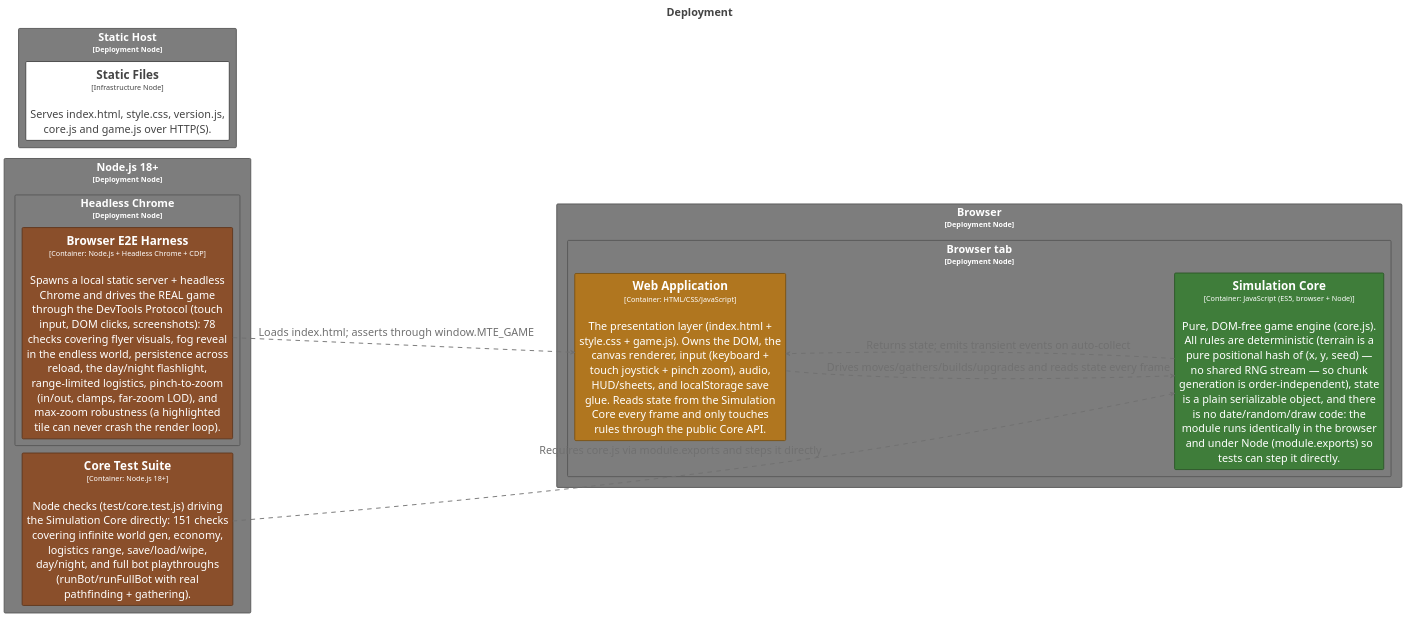
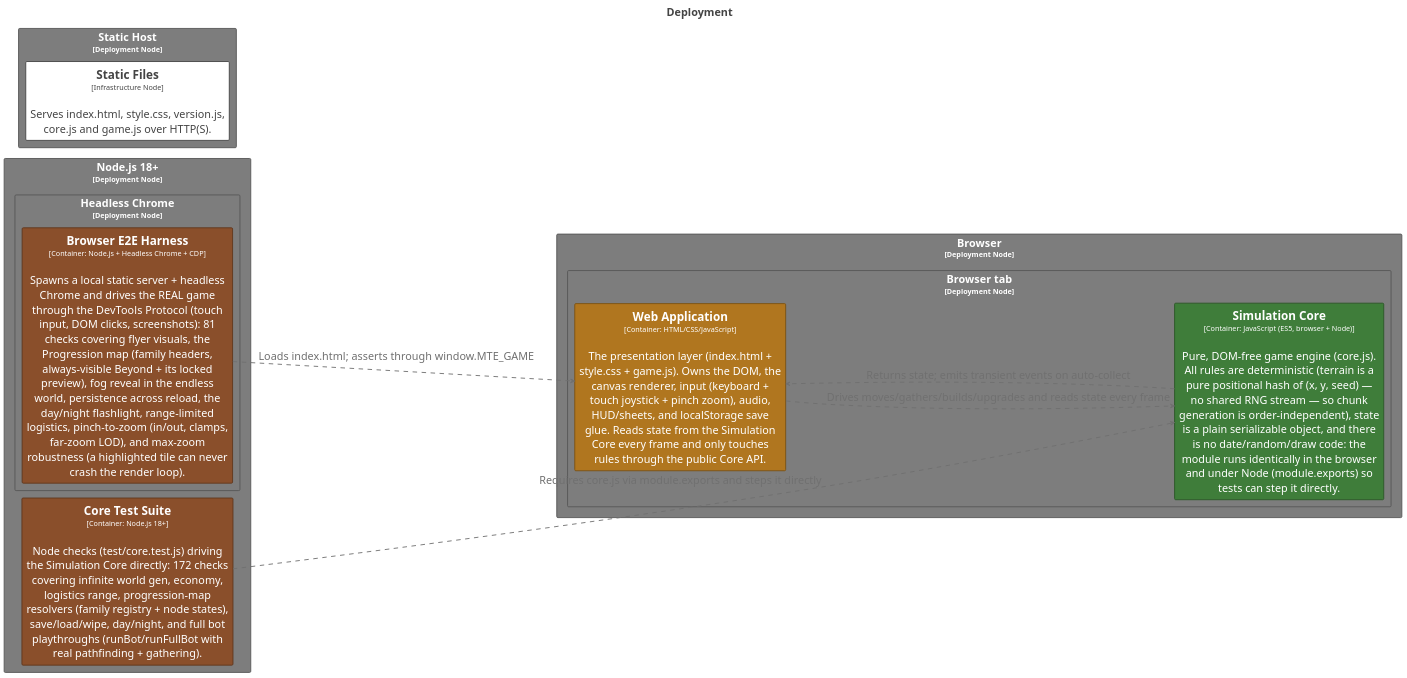
Before and after one commit to bitkojine/more-than-enough: the diagram in structurizr/diagrams/Deployment.puml, drawn with PlantUML. The commit also changed 18 other files, not shown here.

First line of the commit message:
v0.12.0: feat — Progression map replaces the flat Upgrades list

```diff
--- a/structurizr/diagrams/Deployment.puml
+++ b/structurizr/diagrams/Deployment.puml
@@ -2,110 +2,110 @@
 @startuml
 title <size:24>Deployment</size>
 
 set separator none
 left to right direction
 skinparam ranksep 20
 skinparam nodesep 5
 hide stereotype
 
 <style>
   root {
     BackgroundColor: #ffffff;
     FontColor: #444444;
   }
   // Element
   .Element-RWxlbWVudA== {
     BackgroundColor: #ffffff;
     LineColor: #444444;
     LineStyle: 0;
     LineThickness: 2;
     FontColor: #444444;
     FontSize: 24;
     HorizontalAlignment: center;
     Shadowing: 0;
     MaximumWidth: 450;
   }
   // Element,Container,Core Engine
   .Element-RWxlbWVudCxDb250YWluZXIsQ29yZSBFbmdpbmU= {
     BackgroundColor: #3f7d3a;
     LineColor: #2c5728;
     LineStyle: 0;
     LineThickness: 2;
     FontColor: #ffffff;
     FontSize: 24;
     HorizontalAlignment: center;
     Shadowing: 0;
     MaximumWidth: 450;
   }
   // Element,Container,Presentation
   .Element-RWxlbWVudCxDb250YWluZXIsUHJlc2VudGF0aW9u {
     BackgroundColor: #b0761f;
     LineColor: #7b5215;
     LineStyle: 0;
     LineThickness: 2;
     FontColor: #ffffff;
     FontSize: 24;
     HorizontalAlignment: center;
     Shadowing: 0;
     MaximumWidth: 450;
   }
   // Element,Container,Tooling,Test
   .Element-RWxlbWVudCxDb250YWluZXIsVG9vbGluZyxUZXN0 {
     BackgroundColor: #8a4f2b;
     LineColor: #60371e;
     LineStyle: 0;
     LineThickness: 2;
     FontColor: #ffffff;
     FontSize: 24;
     HorizontalAlignment: center;
     Shadowing: 0;
     MaximumWidth: 450;
   }
   // Relationship
   .Relationship-UmVsYXRpb25zaGlw {
     LineThickness: 2;
     LineStyle: 10-10;
     LineColor: #707070;
     FontColor: #707070;
     FontSize: 24;
     MaximumWidth: 200;
   }
   // Element,Deployment Node
   .DeploymentNode-RWxlbWVudCxEZXBsb3ltZW50IE5vZGU= {
     BackgroundColor: #7d7d7d;
     LineColor: #575757;
     LineStyle: 0;
     LineThickness: 2;
     FontColor: #ffffff;
     FontSize: 24;
     HorizontalAlignment: center;
     Shadowing: 0;
   }
 </style>
 
 rectangle "Browser\n<size:16>[Deployment Node]</size>" <<DeploymentNode-RWxlbWVudCxEZXBsb3ltZW50IE5vZGU=>> as LocalDevelopment.Browser {
   rectangle "Browser tab\n<size:16>[Deployment Node]</size>" <<DeploymentNode-RWxlbWVudCxEZXBsb3ltZW50IE5vZGU=>> as LocalDevelopment.Browser.Browsertab {
     rectangle "==Web Application\n<size:16>[Container: HTML/CSS/JavaScript]</size>\n\nThe presentation layer (index.html + style.css + game.js). Owns the DOM, the canvas renderer, input (keyboard + touch joystick + pinch zoom), audio, HUD/sheets, and localStorage save glue. Reads state from the Simulation Core every frame and only touches rules through the public Core API." <<Element-RWxlbWVudCxDb250YWluZXIsUHJlc2VudGF0aW9u>> as LocalDevelopment.Browser.Browsertab.WebApplication_1
     rectangle "==Simulation Core\n<size:16>[Container: JavaScript (ES5, browser + Node)]</size>\n\nPure, DOM-free game engine (core.js). All rules are deterministic (terrain is a pure positional hash of (x, y, seed) — no shared RNG stream — so chunk generation is order-independent), state is a plain serializable object, and there is no date/random/draw code: the module runs identically in the browser and under Node (module.exports) so tests can step it directly." <<Element-RWxlbWVudCxDb250YWluZXIsQ29yZSBFbmdpbmU=>> as LocalDevelopment.Browser.Browsertab.SimulationCore_1
   }
 
 }
 
 rectangle "Static Host\n<size:16>[Deployment Node]</size>" <<DeploymentNode-RWxlbWVudCxEZXBsb3ltZW50IE5vZGU=>> as LocalDevelopment.StaticHost {
   rectangle "==Static Files\n<size:16>[Infrastructure Node]</size>\n\nServes index.html, style.css, version.js, core.js and game.js over HTTP(S)." <<Element-RWxlbWVudA==>> as LocalDevelopment.StaticHost.StaticFiles
 }
 
 rectangle "Node.js 18+\n<size:16>[Deployment Node]</size>" <<DeploymentNode-RWxlbWVudCxEZXBsb3ltZW50IE5vZGU=>> as LocalDevelopment.Nodejs18 {
-  rectangle "==Core Test Suite\n<size:16>[Container: Node.js 18+]</size>\n\nNode checks (test/core.test.js) driving the Simulation Core directly: 151 checks covering infinite world gen, economy, logistics range, save/load/wipe, day/night, and full bot playthroughs (runBot/runFullBot with real pathfinding + gathering)." <<Element-RWxlbWVudCxDb250YWluZXIsVG9vbGluZyxUZXN0>> as LocalDevelopment.Nodejs18.CoreTestSuite_1
+  rectangle "==Core Test Suite\n<size:16>[Container: Node.js 18+]</size>\n\nNode checks (test/core.test.js) driving the Simulation Core directly: 172 checks covering infinite world gen, economy, logistics range, progression-map resolvers (family registry + node states), save/load/wipe, day/night, and full bot playthroughs (runBot/runFullBot with real pathfinding + gathering)." <<Element-RWxlbWVudCxDb250YWluZXIsVG9vbGluZyxUZXN0>> as LocalDevelopment.Nodejs18.CoreTestSuite_1
   rectangle "Headless Chrome\n<size:16>[Deployment Node]</size>" <<DeploymentNode-RWxlbWVudCxEZXBsb3ltZW50IE5vZGU=>> as LocalDevelopment.Nodejs18.HeadlessChrome {
-    rectangle "==Browser E2E Harness\n<size:16>[Container: Node.js + Headless Chrome + CDP]</size>\n\nSpawns a local static server + headless Chrome and drives the REAL game through the DevTools Protocol (touch input, DOM clicks, screenshots): 78 checks covering flyer visuals, fog reveal in the endless world, persistence across reload, the day/night flashlight, range-limited logistics, pinch-to-zoom (in/out, clamps, far-zoom LOD), and max-zoom robustness (a highlighted tile can never crash the render loop)." <<Element-RWxlbWVudCxDb250YWluZXIsVG9vbGluZyxUZXN0>> as LocalDevelopment.Nodejs18.HeadlessChrome.BrowserE2EHarness_1
+    rectangle "==Browser E2E Harness\n<size:16>[Container: Node.js + Headless Chrome + CDP]</size>\n\nSpawns a local static server + headless Chrome and drives the REAL game through the DevTools Protocol (touch input, DOM clicks, screenshots): 81 checks covering flyer visuals, the Progression map (family headers, always-visible Beyond + its locked preview), fog reveal in the endless world, persistence across reload, the day/night flashlight, range-limited logistics, pinch-to-zoom (in/out, clamps, far-zoom LOD), and max-zoom robustness (a highlighted tile can never crash the render loop)." <<Element-RWxlbWVudCxDb250YWluZXIsVG9vbGluZyxUZXN0>> as LocalDevelopment.Nodejs18.HeadlessChrome.BrowserE2EHarness_1
   }
 
 }
 
 LocalDevelopment.Browser.Browsertab.SimulationCore_1 --> LocalDevelopment.Browser.Browsertab.WebApplication_1 <<Relationship-UmVsYXRpb25zaGlw>> : "Returns state; emits transient events on auto-collect"
 LocalDevelopment.Browser.Browsertab.WebApplication_1 --> LocalDevelopment.Browser.Browsertab.SimulationCore_1 <<Relationship-UmVsYXRpb25zaGlw>> : "Drives moves/gathers/builds/upgrades and reads state every frame"
 LocalDevelopment.Nodejs18.CoreTestSuite_1 --> LocalDevelopment.Browser.Browsertab.SimulationCore_1 <<Relationship-UmVsYXRpb25zaGlw>> : "Requires core.js via module.exports and steps it directly"
 LocalDevelopment.Nodejs18.HeadlessChrome.BrowserE2EHarness_1 --> LocalDevelopment.Browser.Browsertab.WebApplication_1 <<Relationship-UmVsYXRpb25zaGlw>> : "Loads index.html; asserts through window.MTE_GAME"
 
 @enduml
```
